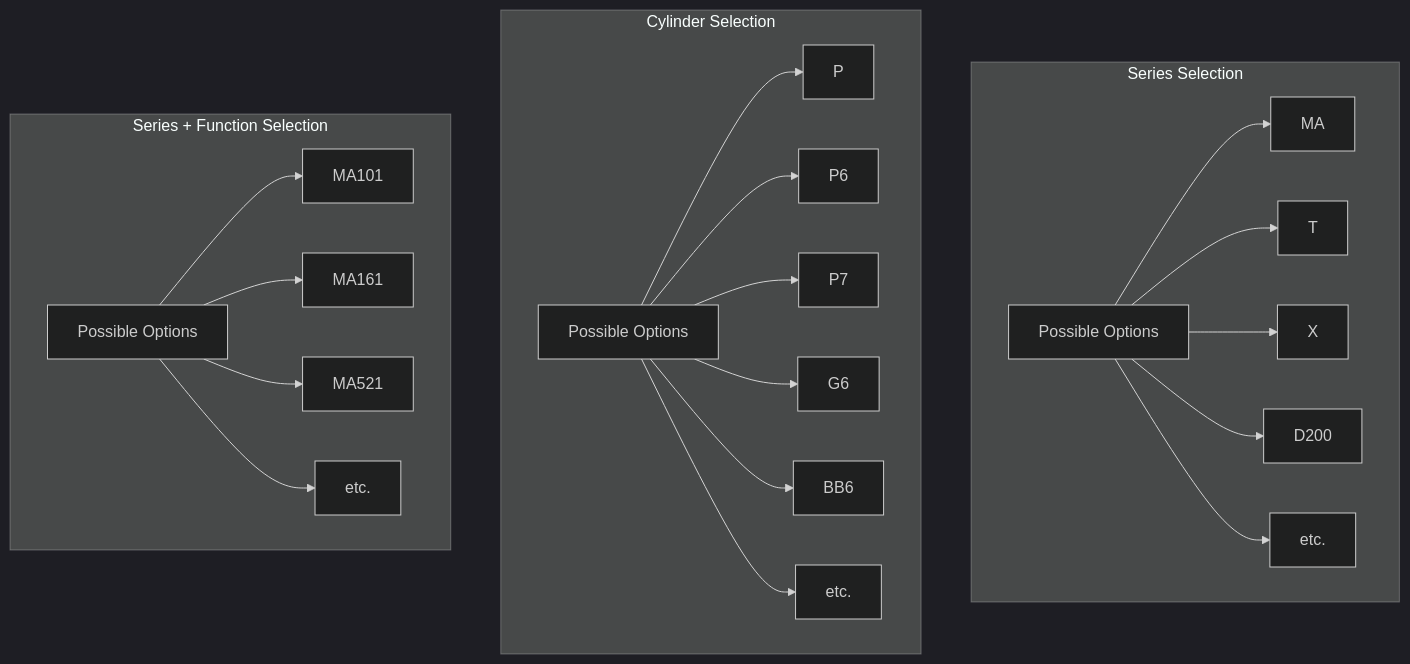
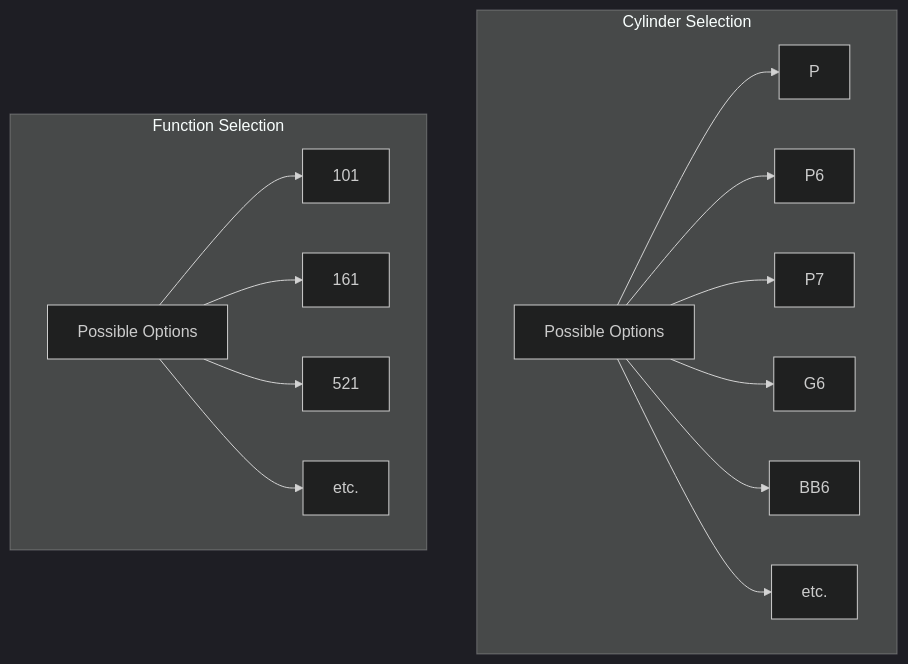
Before and after one commit to alokdas81/diamond-pricebook-diagram: the sixth of 18 diagrams in README.md, drawn with Mermaid (dark theme). The commit also changed other lines of this file, not shown here.

````diff
--- a/README.md
+++ b/README.md
@@ -333,49 +337,35 @@
 ```mermaid
 flowchart TD
 
-subgraph Series Selection
-G[Possible Options]
-MA
-T
-X
-D200
-J[etc.]
-end
-
-G --> MA
-G --> T
-G --> X
-G --> D200
-G --> J
 
 subgraph Cylinder Selection
 D[Possible Options]
 P
 P6
 P7
 G6
 BB6
 K[etc.]
 end
 
-subgraph Series + Function Selection
+subgraph Function Selection
 A[Possible Options]
-B[MA101]
-C[MA161]
-I[MA521]
+B[101]
+C[161]
+I[521]
 L[etc.]
 end
 
 A --> B
 A --> C
 A --> I
 A --> L
 
 D --> P
 D --> P6
 D --> P7
 D --> G6
 D --> BB6
 D --> K
 
 ```
````
